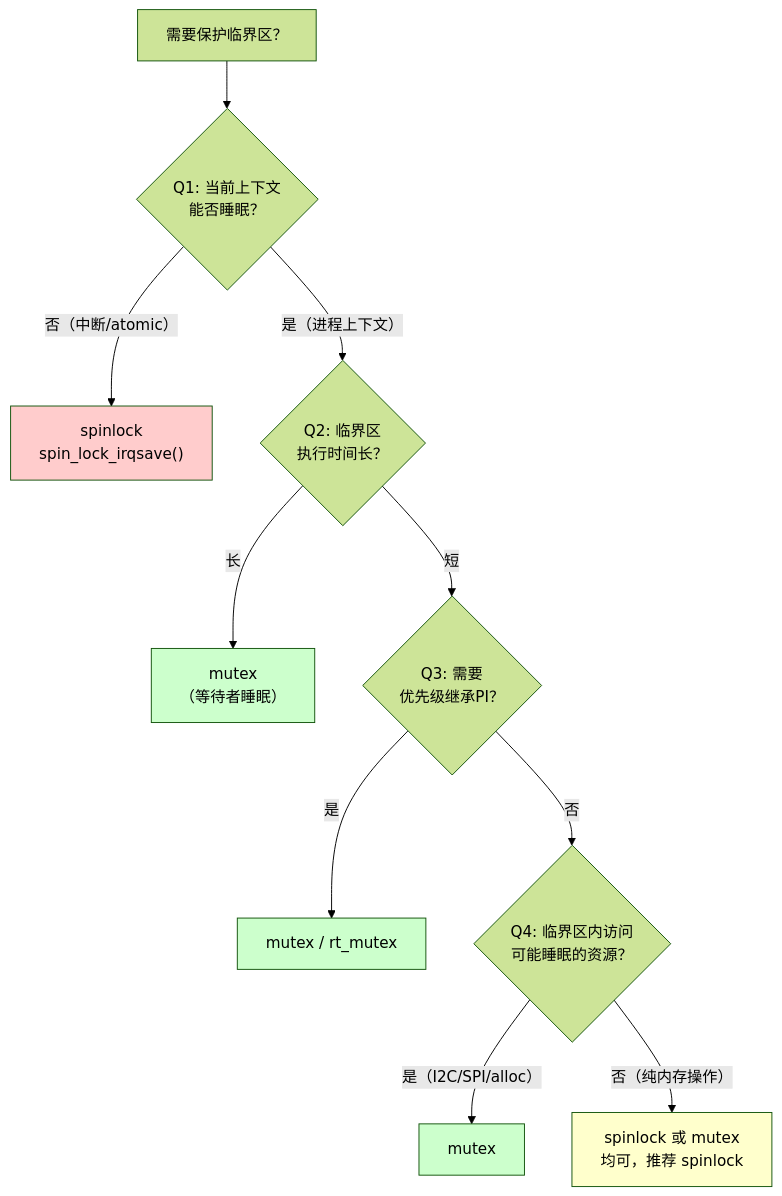
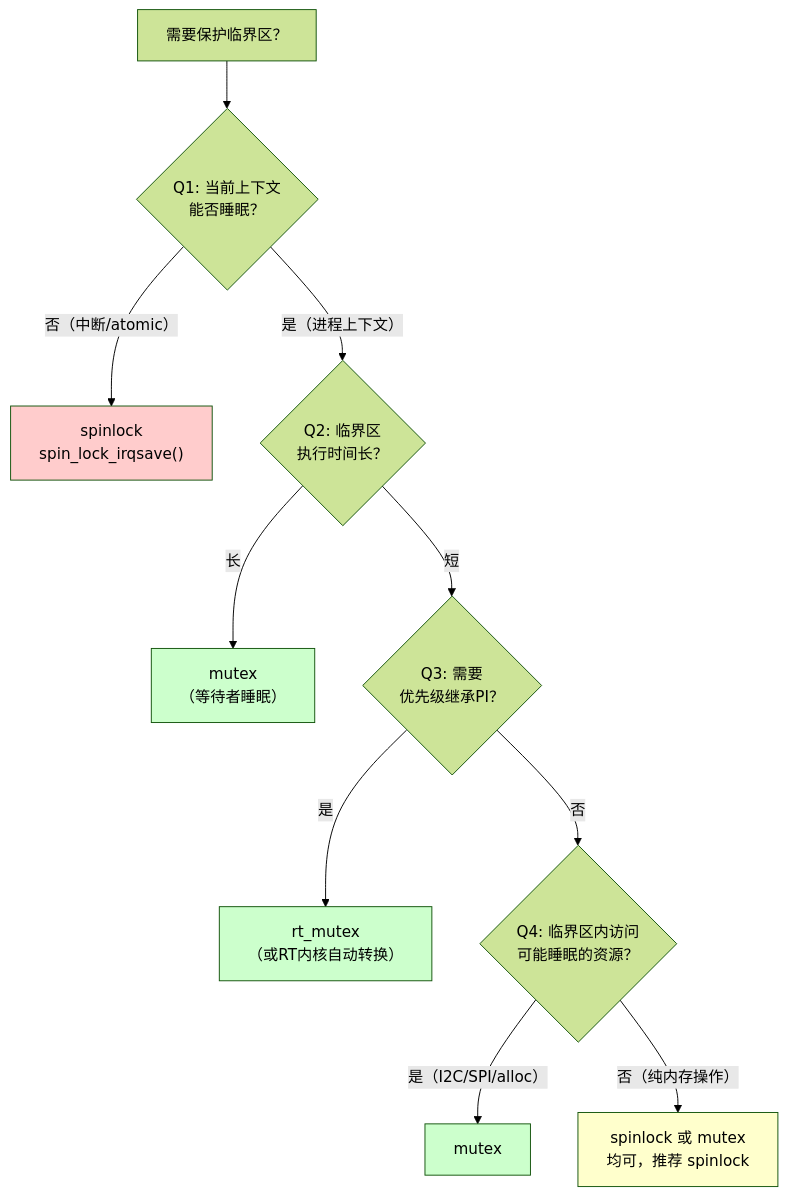
Before and after one commit to xiaohong0925/Embedded_Knowledge_System_V2026: the diagram in docs/02-核心机制深度解析/第13章 并发与同步/13.2.3_spinlock_vs_mutex选择决策树.md, drawn with Mermaid (forest theme). The commit also changed other lines of this file and 43 other files, not shown here.

````diff
--- a/docs/02-核心机制深度解析/第13章 并发与同步/13.2.3_spinlock_vs_mutex选择决策树.md
+++ b/docs/02-核心机制深度解析/第13章 并发与同步/13.2.3_spinlock_vs_mutex选择决策树.md
@@ -51,18 +49,18 @@
 ```mermaid
 flowchart TD
     A["需要保护临界区？"] --> B{"Q1: 当前上下文<br/>能否睡眠？"}
     B -->|"否（中断/atomic）"| C["spinlock<br/>spin_lock_irqsave()"]
     B -->|"是（进程上下文）"| D{"Q2: 临界区<br/>执行时间长？"}
     D -->|"长"| E["mutex<br/>（等待者睡眠）"]
     D -->|"短"| F{"Q3: 需要<br/>优先级继承PI？"}
-    F -->|"是"| G["mutex / rt_mutex"]
+    F -->|"是"| G["rt_mutex<br/>（或RT内核自动转换）"]
     F -->|"否"| H{"Q4: 临界区内访问<br/>可能睡眠的资源？"}
     H -->|"是（I2C/SPI/alloc）"| I["mutex"]
     H -->|"否（纯内存操作）"| J["spinlock 或 mutex<br/>均可，推荐 spinlock"]
 
     style C fill:#ffcccc
     style E fill:#ccffcc
     style G fill:#ccffcc
     style I fill:#ccffcc
     style J fill:#ffffcc
 ```
````
